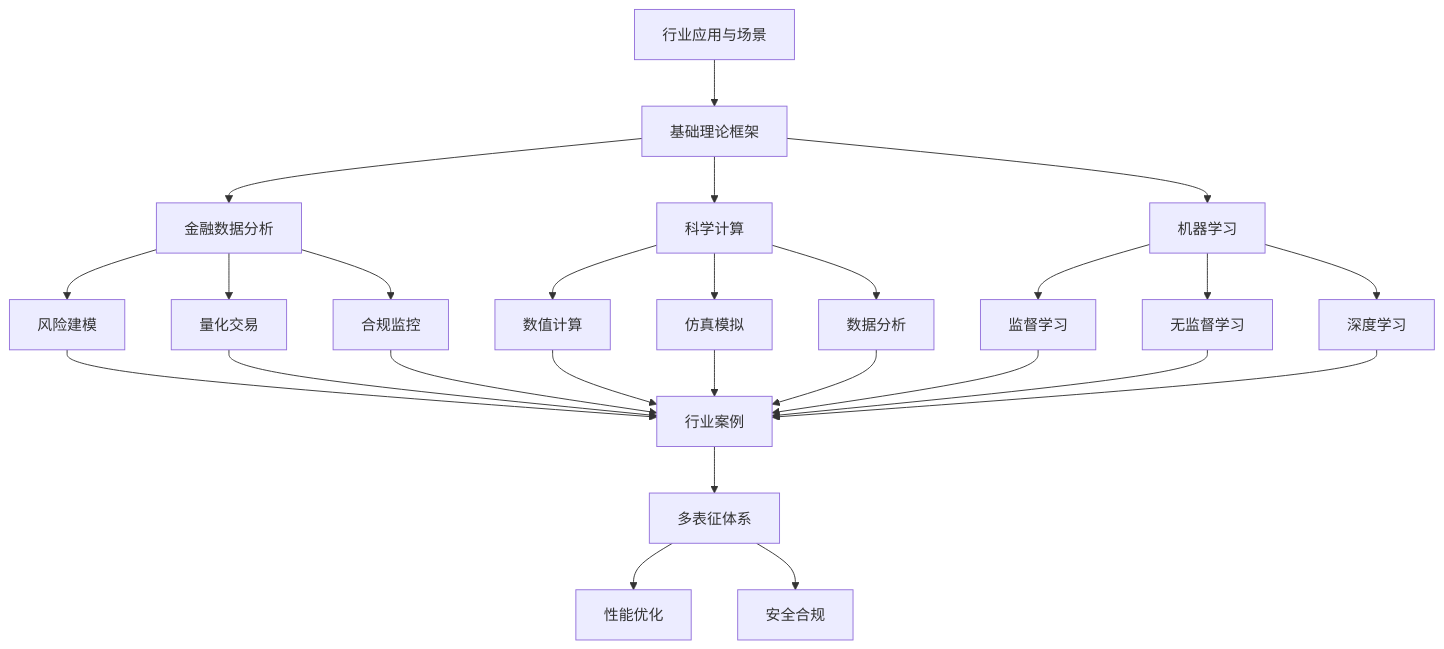
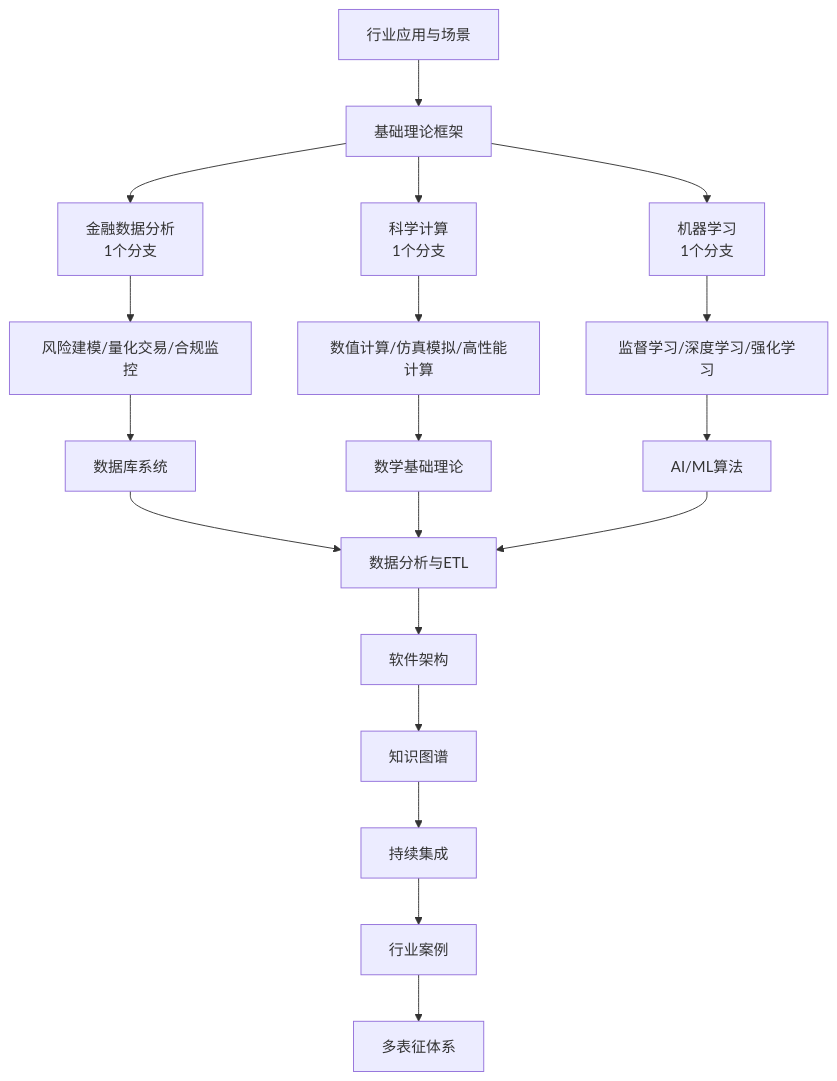
The diagram in Analysis/5-行业应用与场景/README.md (AdaMartin18010/Data-Science), drawn with Mermaid before and after one commit. The commit also changed other lines of this file and 27 other files, not shown here.

````diff
--- a/Analysis/5-行业应用与场景/README.md
+++ b/Analysis/5-行业应用与场景/README.md
@@ -25,20 +25,22 @@
 ```mermaid
 flowchart TD
   A[行业应用与场景] --> B[基础理论框架]
-  B --> C1[金融数据分析]
-  B --> C2[科学计算]
-  B --> C3[机器学习]
-  C1 --> D[风险建模]
-  C1 --> E[量化交易]
-  C1 --> F[合规监控]
-  C2 --> G[数值计算]
-  C2 --> H[仿真模拟]
-  C2 --> I[数据分析]
-  C3 --> J[监督学习]
-  C3 --> K[无监督学习]
-  C3 --> L[深度学习]
-  D & E & F & G & H & I & J & K & L --> M[行业案例]
-  M --> N[多表征体系]
-  N --> O[性能优化]
-  N --> P[安全合规]
+  B --> C1[金融数据分析<br/>1个分支]
+  B --> C2[科学计算<br/>1个分支]
+  B --> C3[机器学习<br/>1个分支]
+  
+  C1 --> D[风险建模/量化交易/合规监控]
+  C2 --> E[数值计算/仿真模拟/高性能计算]
+  C3 --> F[监督学习/深度学习/强化学习]
+  
+  D --> G[数据库系统]
+  E --> H[数学基础理论]
+  F --> I[AI/ML算法]
+  
+  G & H & I --> J[数据分析与ETL]
+  J --> K[软件架构]
+  K --> L[知识图谱]
+  L --> M[持续集成]
+  M --> N[行业案例]
+  N --> O[多表征体系]
 ```
````
